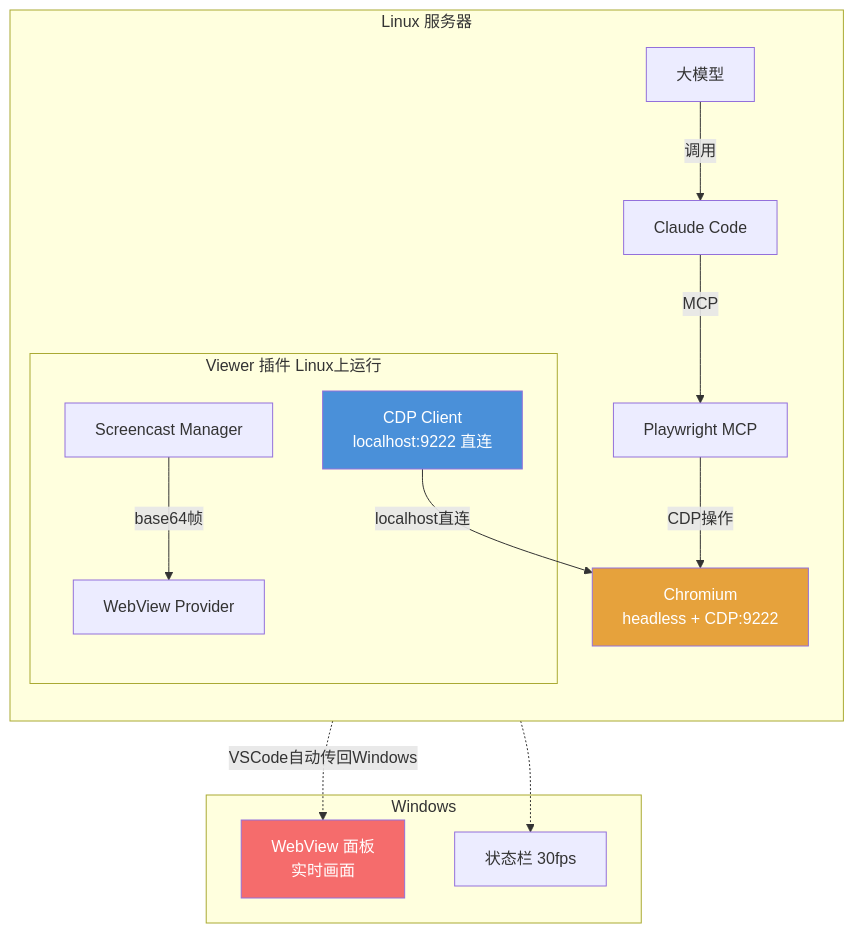
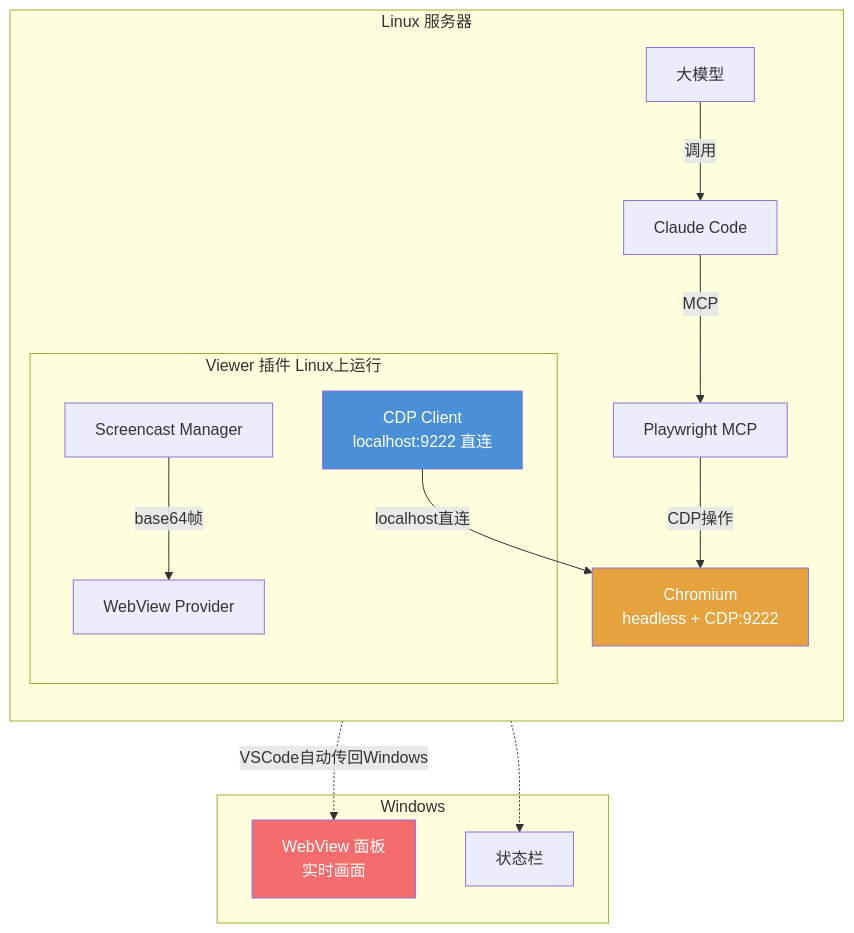
Before and after one commit to scutshuxue/ai-coding-research: the sixth of 21 diagrams in dev_notes/remote-browser-viewer-guide.md, drawn with Mermaid. The commit also changed other lines of this file, not shown here.

First line of the commit message:
Fix 10 architecture issues in remote browser viewer guide

````diff
--- a/dev_notes/remote-browser-viewer-guide.md
+++ b/dev_notes/remote-browser-viewer-guide.md
@@ -245,33 +247,33 @@
 ```mermaid
 graph TB
     subgraph Linux["Linux 服务器"]
         direction TB
         LLM["大模型"]
         CC["Claude Code"]
         MCP["Playwright MCP"]
         CHROME["Chromium<br/>headless + CDP:9222"]
 
         subgraph Viewer_Plugin["Viewer 插件 Linux上运行"]
             CDP_CLIENT["CDP Client<br/>localhost:9222 直连"]
             CAST_MGR["Screencast Manager"]
             WV_PROVIDER["WebView Provider"]
         end
     end
 
     subgraph Windows["Windows"]
         WV["WebView 面板<br/>实时画面"]
-        SB["状态栏 30fps"]
+        SB["状态栏"]
     end
 
     LLM -->|"调用"| CC
     CC -->|"MCP"| MCP
     MCP -->|"CDP操作"| CHROME
     CDP_CLIENT -->|"localhost直连"| CHROME
     CAST_MGR -->|"base64帧"| WV_PROVIDER
     WV_PROVIDER -.->|"VSCode自动传回Windows"| WV
     WV_PROVIDER -.-> SB
 
     style CHROME fill:#e6a23c,color:#fff
     style CDP_CLIENT fill:#4a90d9,color:#fff
     style WV fill:#f56c6c,color:#fff
 ```
````
